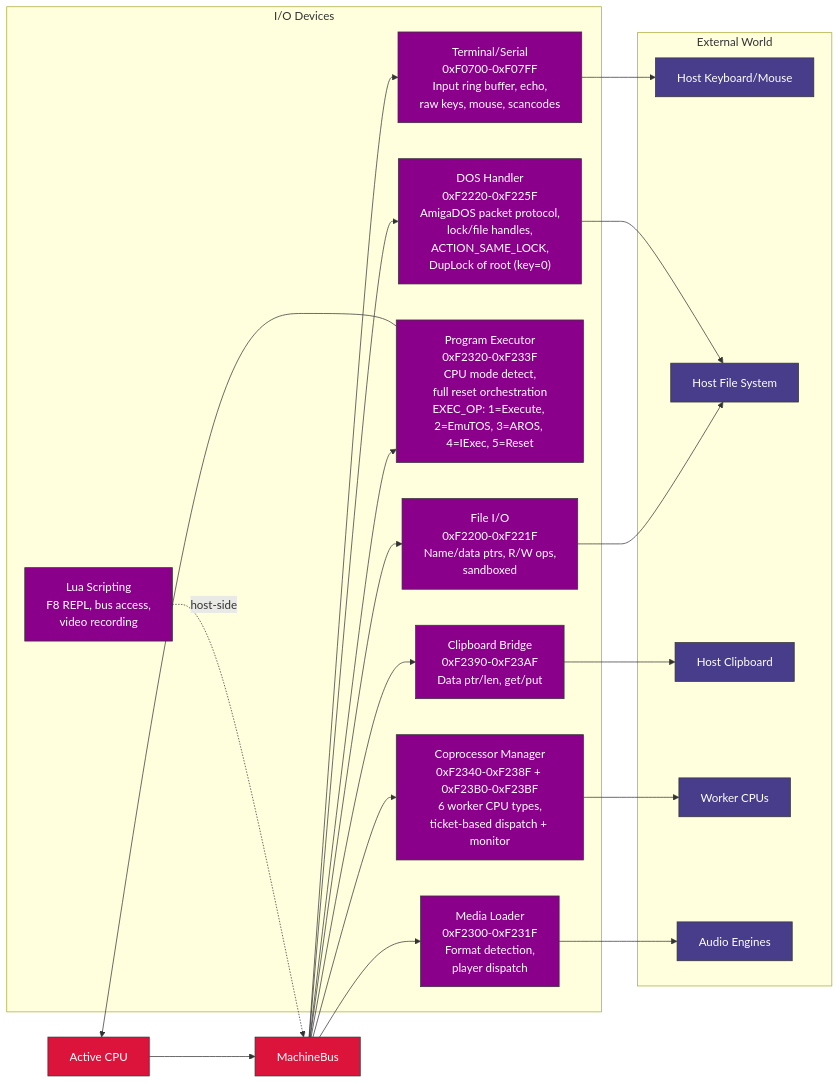
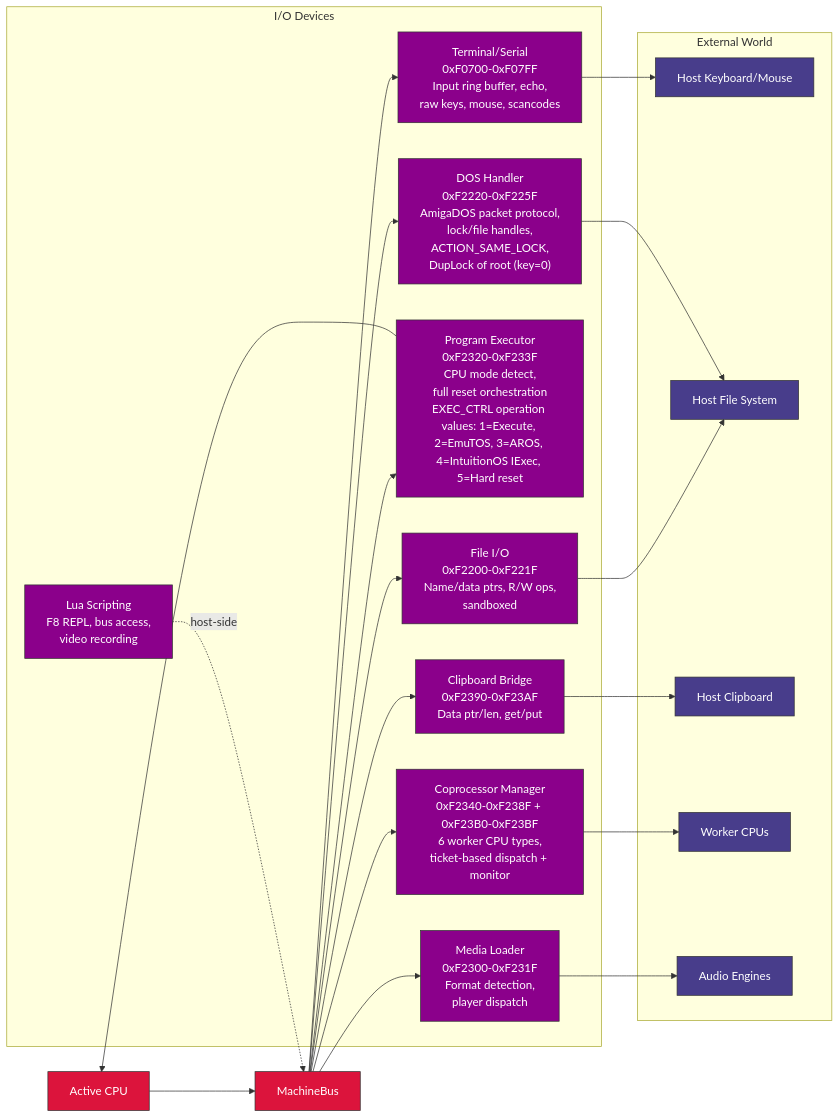
One commit to IntuitionAmiga/IntuitionEngine changed the ninth of 12 diagrams in sdk/docs/architecture.md. Above: the diagram before and after it, drawn with Mermaid. The commit also changed other lines of this file and 217 other files, not shown here.

````diff
--- a/sdk/docs/architecture.md
+++ b/sdk/docs/architecture.md
@@ -1065,49 +1088,49 @@
 ```mermaid
 graph LR
     CPU["Active CPU"]
     BUS["MachineBus"]
     CPU --> BUS
 
     subgraph DEVS["I/O Devices"]
         TERM["Terminal/Serial<br/>0xF0700-0xF07FF<br/>Input ring buffer, echo,<br/>raw keys, mouse, scancodes"]
         FIO["File I/O<br/>0xF2200-0xF221F<br/>Name/data ptrs, R/W ops,<br/>sandboxed"]
-        PEXEC["Program Executor<br/>0xF2320-0xF233F<br/>CPU mode detect,<br/>full reset orchestration<br/>EXEC_OP: 1=Execute, 2=EmuTOS, 3=AROS, 4=IExec, 5=Reset"]
+        PEXEC["Program Executor<br/>0xF2320-0xF233F<br/>CPU mode detect,<br/>full reset orchestration<br/>EXEC_CTRL operation values: 1=Execute, 2=EmuTOS, 3=AROS, 4=IntuitionOS IExec, 5=Hard reset"]
         COPRO["Coprocessor Manager<br/>0xF2340-0xF238F + 0xF23B0-0xF23BF<br/>6 worker CPU types,<br/>ticket-based dispatch + monitor"]
         CLIP["Clipboard Bridge<br/>0xF2390-0xF23AF<br/>Data ptr/len, get/put"]
         DOS["DOS Handler<br/>0xF2220-0xF225F<br/>AmigaDOS packet protocol,<br/>lock/file handles,<br/>ACTION_SAME_LOCK,<br/>DupLock of root (key=0)"]
         MEDIA["Media Loader<br/>0xF2300-0xF231F<br/>Format detection,<br/>player dispatch"]
         LUA["Lua Scripting<br/>F8 REPL, bus access,<br/>video recording"]
     end
 
     BUS --> TERM
     BUS --> FIO
     BUS --> PEXEC
     BUS --> COPRO
     BUS --> CLIP
     BUS --> DOS
     BUS --> MEDIA
     LUA -.->|"host-side"| BUS
 
     subgraph EXT["External World"]
         HOST_KB["Host Keyboard/Mouse"]
         HOST_FS["Host File System"]
         HOST_CB["Host Clipboard"]
         CPUSUB["Worker CPUs"]
         AUDIO_E["Audio Engines"]
     end
 
     TERM --> HOST_KB
     FIO --> HOST_FS
     DOS --> HOST_FS
     CLIP --> HOST_CB
     PEXEC --> CPU
     COPRO --> CPUSUB
     MEDIA --> AUDIO_E
 
     classDef periph fill:#8B008B,stroke:#333,color:#fff
     classDef ext fill:#483D8B,stroke:#333,color:#fff
     classDef bus fill:#DC143C,stroke:#333,color:#fff
     class TERM,FIO,PEXEC,COPRO,CLIP,DOS,MEDIA,LUA periph
     class HOST_KB,HOST_FS,HOST_CB,CPUSUB,AUDIO_E ext
     class CPU,BUS bus
 ```
````
